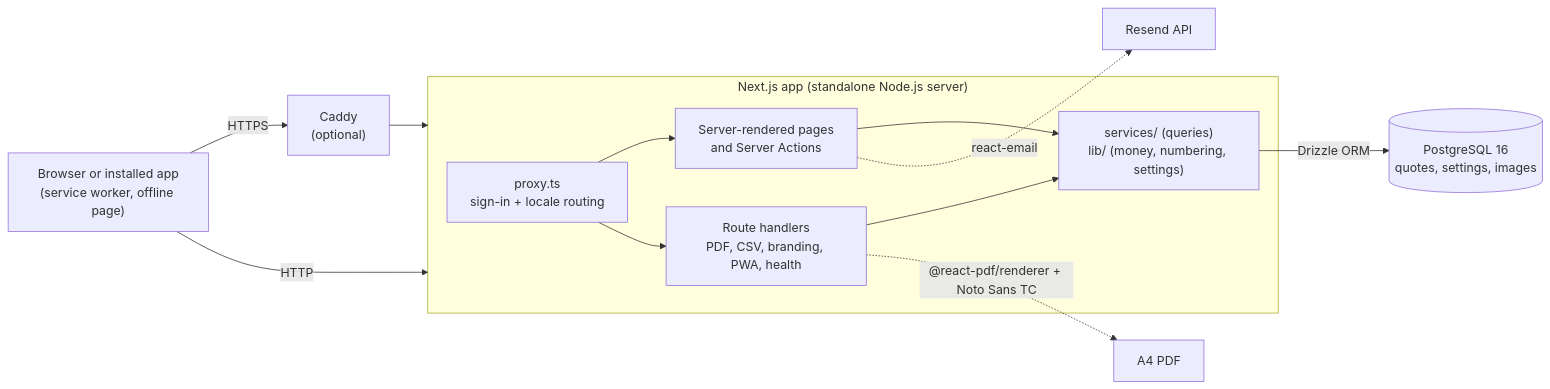
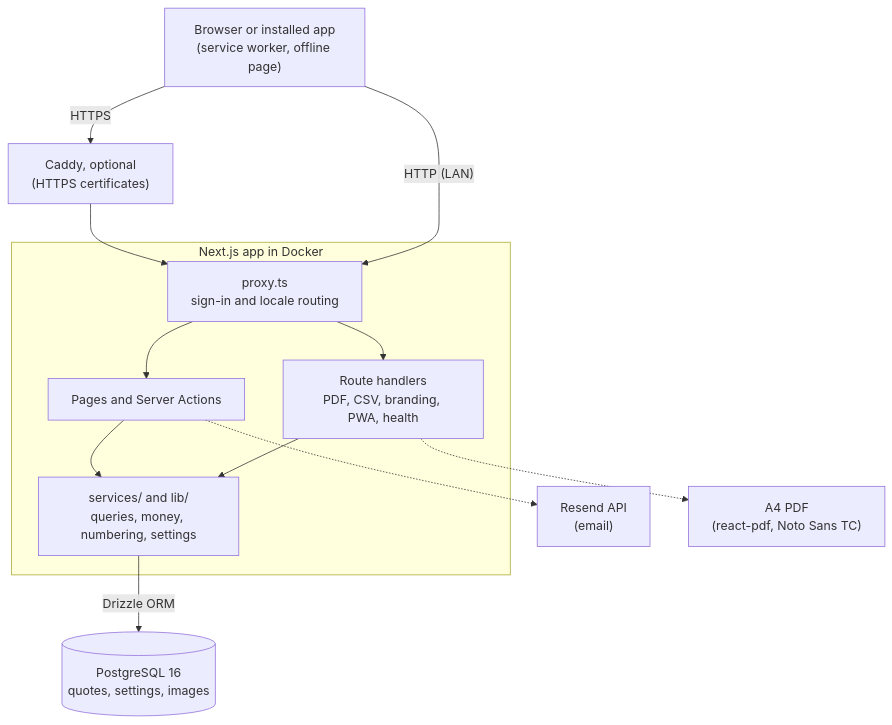
Before and after one commit to sychen6192/quote-system: the diagram in README.md, drawn with Mermaid. The commit also changed other lines of this file and 86 other files, not shown here.

First line of the commit message:
fix: wave B review — layout, accessibility, PWA and packaging fixes from browser testing

````diff
--- a/README.md
+++ b/README.md
@@ -266,15 +266,22 @@
 ```mermaid
-flowchart LR
-  Browser["Browser or installed app<br/>(service worker, offline page)"] -->|HTTPS| Caddy["Caddy<br/>(optional)"]
-  Browser -->|HTTP| App
-  Caddy --> App
-  subgraph App["Next.js app (standalone Node.js server)"]
-    Proxy["proxy.ts<br/>sign-in + locale routing"] --> Pages["Server-rendered pages<br/>and Server Actions"]
-    Proxy --> Routes["Route handlers<br/>PDF, CSV, branding, PWA, health"]
-    Pages --> Services["services/ (queries)<br/>lib/ (money, numbering, settings)"]
-    Routes --> Services
+flowchart TB
+  Browser["Browser or installed app<br/>(service worker, offline page)"]
+  Caddy["Caddy, optional<br/>(HTTPS certificates)"]
+  Browser -->|HTTPS| Caddy
+  subgraph App["Next.js app in Docker"]
+    Proxy["proxy.ts<br/>sign-in and locale routing"]
+    Pages["Pages and Server Actions"]
+    Routes["Route handlers<br/>PDF, CSV, branding, PWA, health"]
+    Services["services/ and lib/<br/>queries, money, numbering, settings"]
+    Proxy --> Pages & Routes
+    Pages & Routes --> Services
   end
-  Services -->|Drizzle ORM| DB[("PostgreSQL 16<br/>quotes, settings, images")]
-  Routes -.->|"@react-pdf/renderer + Noto Sans TC"| PDF["A4 PDF"]
-  Pages -.->|"react-email"| Resend["Resend API"]
+  Caddy --> Proxy
+  Browser -->|"HTTP (LAN)"| Proxy
+  Resend["Resend API<br/>(email)"]
+  DB[("PostgreSQL 16<br/>quotes, settings, images")]
+  PDF["A4 PDF<br/>(react-pdf, Noto Sans TC)"]
+  Pages -.-> Resend
+  Services -->|Drizzle ORM| DB
+  Routes -.-> PDF
 ```
````
